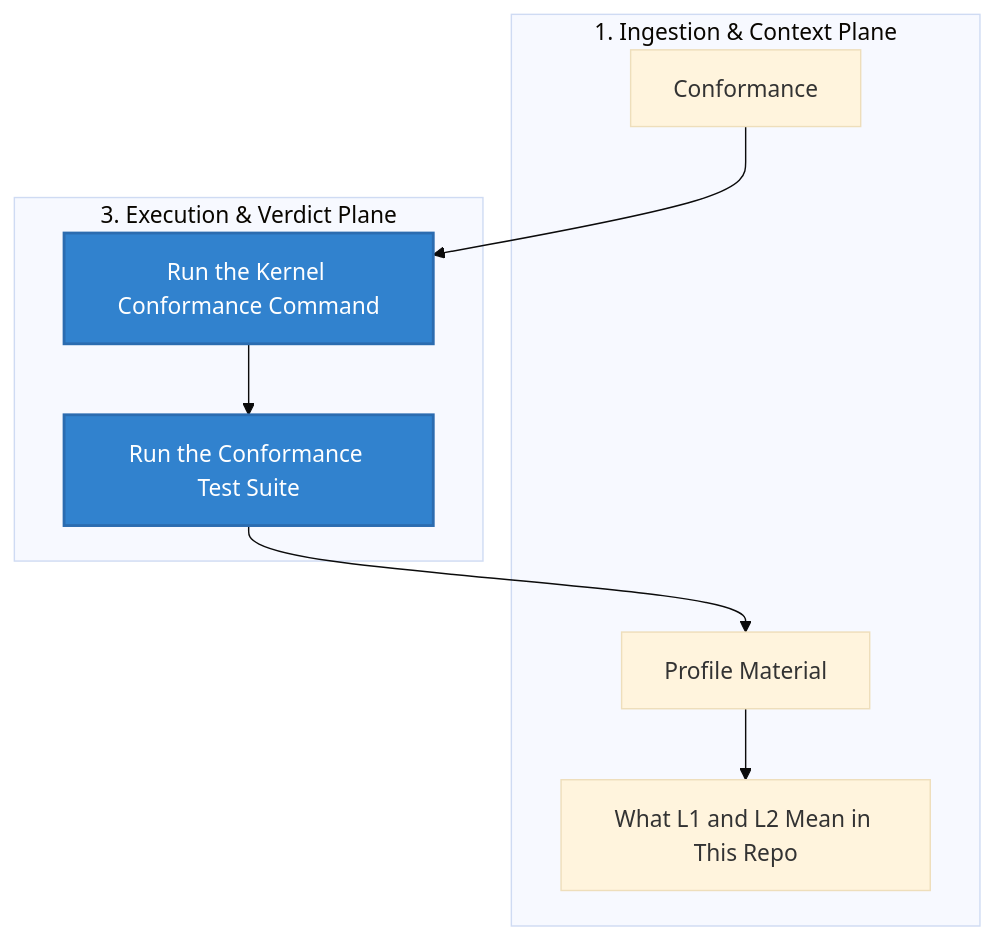
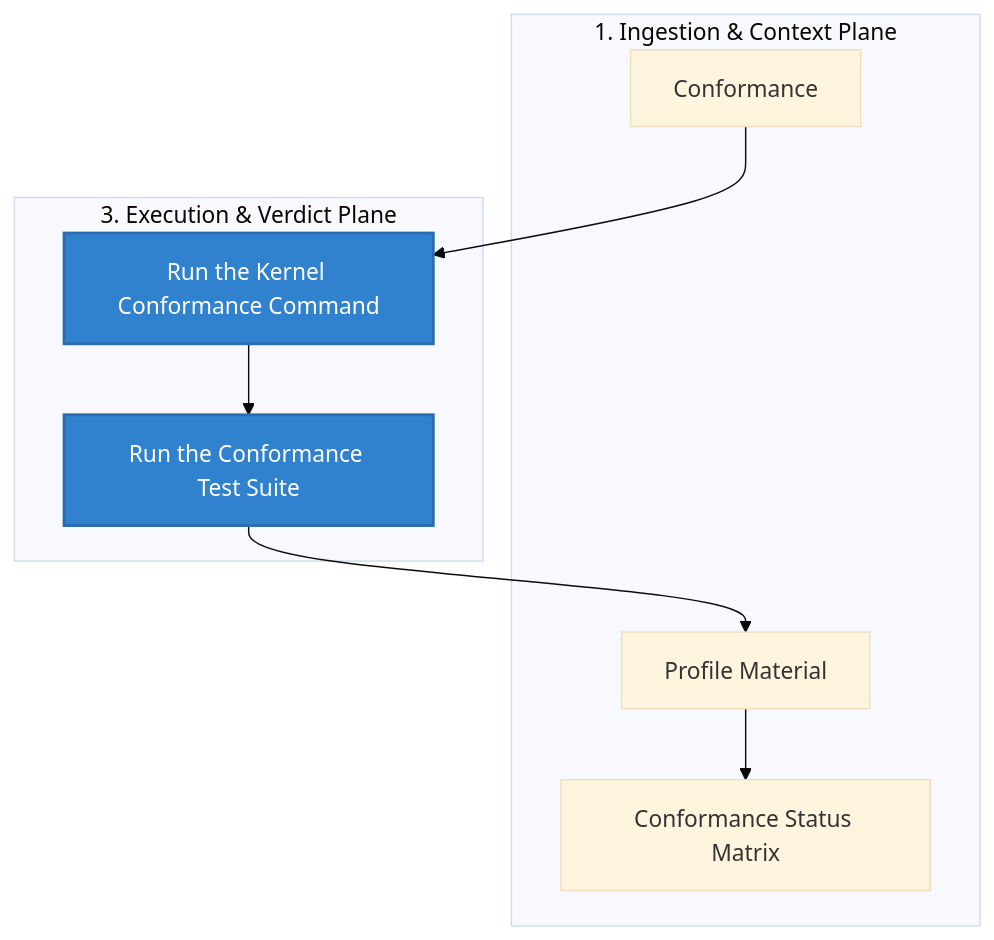
Before and after one commit to Mindburn-Labs/helm-ai-kernel: the diagram in docs/CONFORMANCE.md, drawn with Mermaid (base theme). The commit also changed other lines of this file and 8 other files, not shown here.

````diff
--- a/docs/CONFORMANCE.md
+++ b/docs/CONFORMANCE.md
@@ -37,23 +37,23 @@
 ```mermaid
 flowchart TD
     subgraph Ingestion["1. Ingestion & Context Plane"]
         Page["Conformance"]
         C["Profile Material"]
-        D["What L1 and L2 Mean in This Repo"]
+        D["Conformance Status Matrix"]
     end
 
     subgraph Execution["3. Execution & Verdict Plane"]
         A["Run the Kernel Conformance Command"]
         B["Run the Conformance Test Suite"]
     end
 
     %% Operational Flow Edges
     Page --> A
     A --> B
     B --> C
     C --> D
 
     %% Premium Styling Rules
     style A fill:#3182ce,stroke:#2b6cb0,stroke-width:2px,color:#fff
     style B fill:#3182ce,stroke:#2b6cb0,stroke-width:2px,color:#fff
 ```
````
